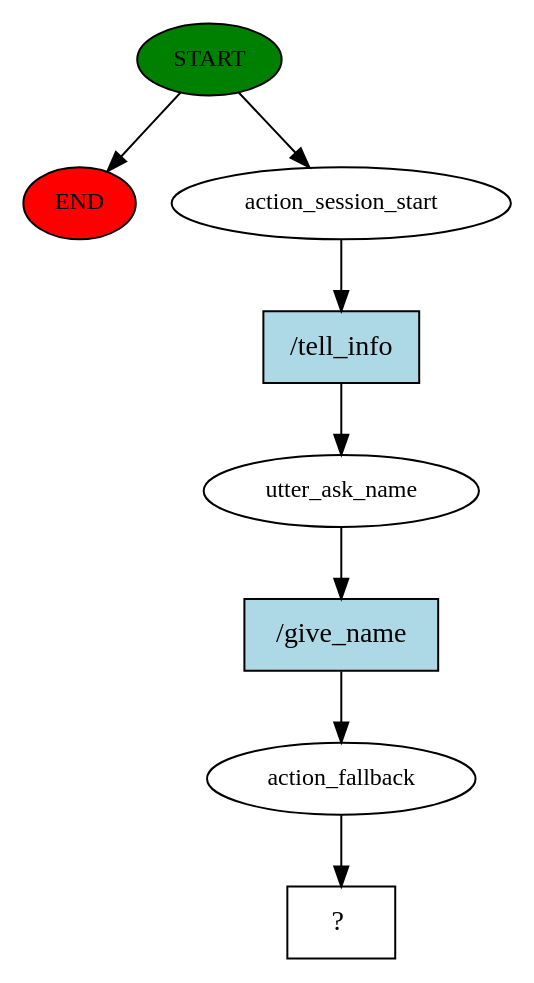
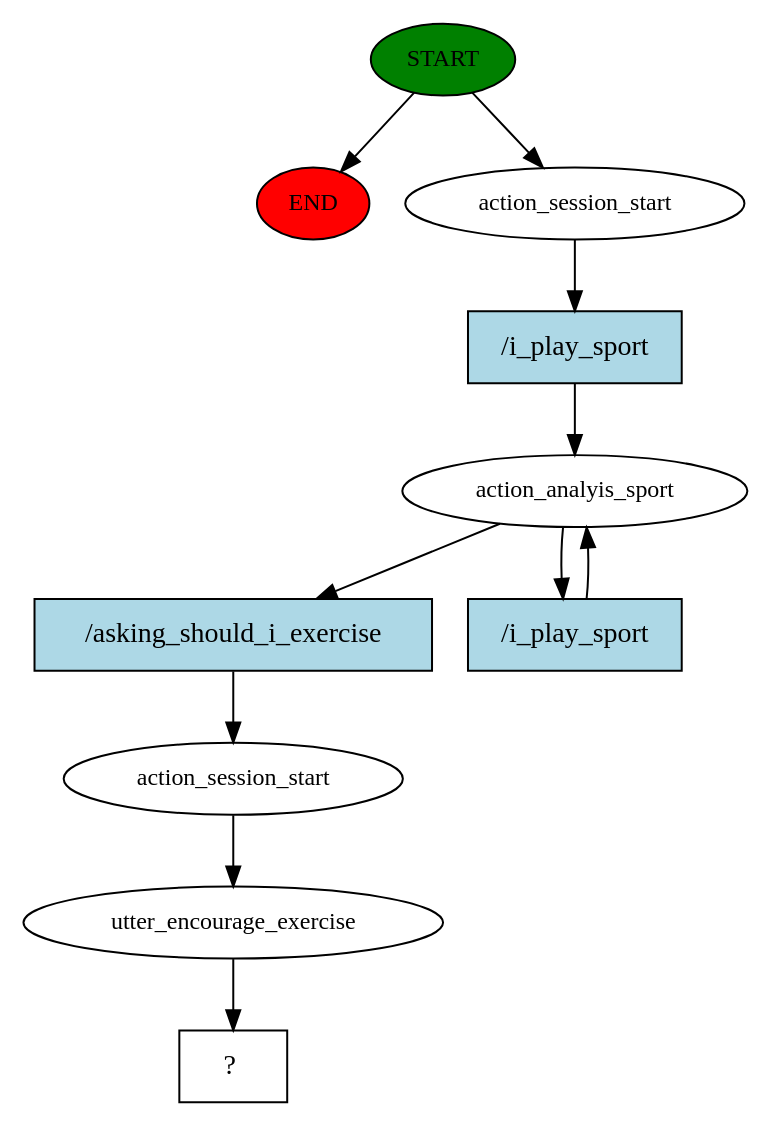
The diagram in chatbot/Healthy-chatbot/story_graph.dot (cwleungar/chat_agent), drawn with Graphviz before and after one commit. The commit also changed 5 other files, not shown here.

```diff
--- a/chatbot/Healthy-chatbot/story_graph.dot
+++ b/chatbot/Healthy-chatbot/story_graph.dot
@@ -1,17 +1,22 @@
 digraph  {
 0 [class="start active", fillcolor=green, fontsize=12, label=START, style=filled];
 "-1" [class=end, fillcolor=red, fontsize=12, label=END, style=filled];
 1 [class=active, fontsize=12, label=action_session_start];
-2 [class=active, fontsize=12, label=utter_ask_name];
-3 [class=active, fontsize=12, label=action_fallback];
-4 [class="intent dashed active", label="  ?  ", shape=rect];
-5 [class="intent active", fillcolor=lightblue, label="/tell_info", shape=rect, style=filled];
-6 [class="intent active", fillcolor=lightblue, label="/give_name", shape=rect, style=filled];
+2 [class=active, fontsize=12, label=action_analyis_sport];
+4 [class=active, fontsize=12, label=action_session_start];
+5 [class=active, fontsize=12, label=utter_encourage_exercise];
+6 [class="intent dashed active", label="  ?  ", shape=rect];
+7 [class="intent active", fillcolor=lightblue, label="/i_play_sport", shape=rect, style=filled];
+8 [class="intent active", fillcolor=lightblue, label="/asking_should_i_exercise", shape=rect, style=filled];
+9 [class="intent active", fillcolor=lightblue, label="/i_play_sport", shape=rect, style=filled];
 0 -> "-1"  [class="", key=NONE, label=""];
 0 -> 1  [class=active, key=NONE, label=""];
-1 -> 5  [class=active, key=0];
-2 -> 6  [class=active, key=0];
-3 -> 4  [class=active, key=NONE, label=""];
-5 -> 2  [class=active, key=0];
-6 -> 3  [class=active, key=0];
+1 -> 7  [class=active, key=0];
+2 -> 8  [class=active, key=0];
+2 -> 9  [class=active, key=0];
+4 -> 5  [class=active, key=NONE, label=""];
+5 -> 6  [class=active, key=NONE, label=""];
+7 -> 2  [class=active, key=0];
+8 -> 4  [class=active, key=0];
+9 -> 2  [class=active, key=0];
 }
```
